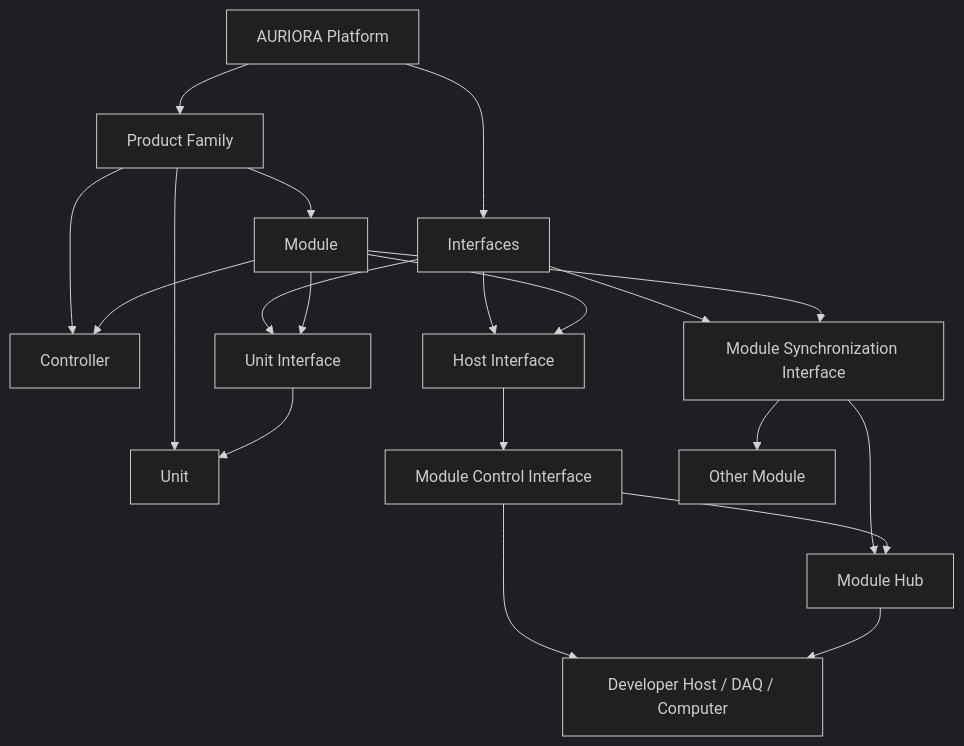
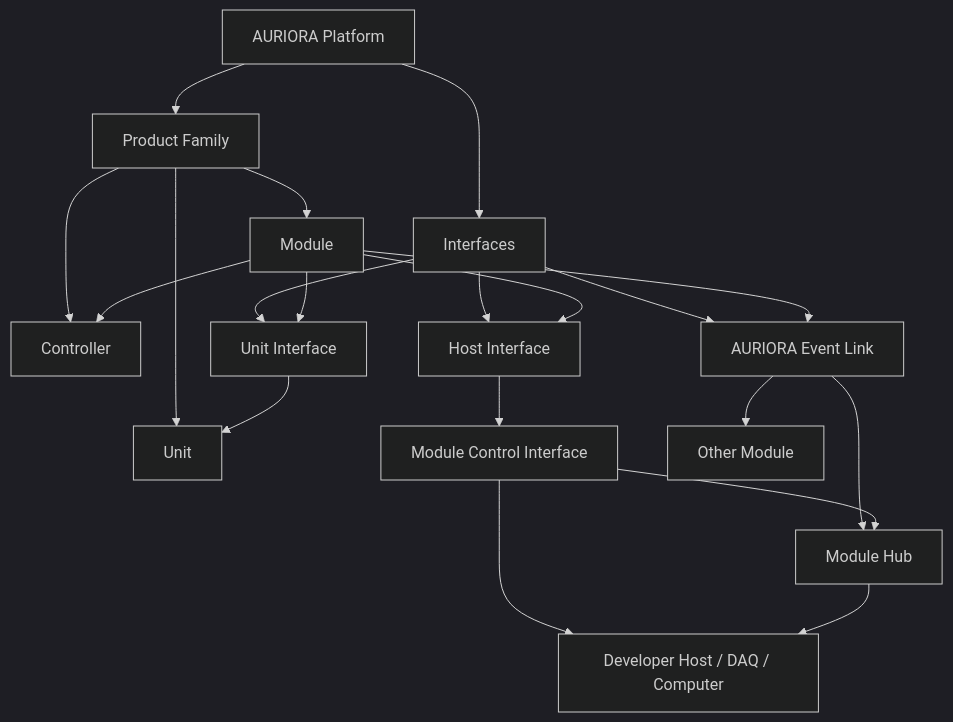
One commit to auriora-org/auriora-engineering-standard changed the first of 2 diagrams in STANDARD.md. Above: the diagram before and after it, drawn with Mermaid (dark theme). The commit also changed other lines of this file and 15 other files, not shown here.

````diff
--- a/STANDARD.md
+++ b/STANDARD.md
@@ -94,36 +95,36 @@
 ```mermaid
 flowchart TB
     Platform[AURIORA Platform]
     Family[Product Family]
     Module[Module]
     Controller[Controller]
     Unit[Unit]
     Interfaces[Interfaces]
     Host[Host Interface]
     MCI[Module Control Interface]
     UI[Unit Interface]
-    SYNC[Module Synchronization Interface]
+    AEL[AURIORA Event Link]
     Hub[Module Hub]
     Peer[Other Module]
     External[Developer Host / DAQ / Computer]
 
     Platform --> Family
     Platform --> Interfaces
     Family --> Module
     Family --> Controller
     Family --> Unit
     Interfaces --> Host
     Interfaces --> UI
-    Interfaces --> SYNC
+    Interfaces --> AEL
     Host --> MCI
     Module --> Controller
     Module --> Host
     Module --> UI
-    Module --> SYNC
+    Module --> AEL
     UI --> Unit
-    SYNC --> Peer
-    SYNC --> Hub
+    AEL --> Peer
+    AEL --> Hub
     MCI --> Hub
     MCI --> External
     Hub --> External
 ```
````
